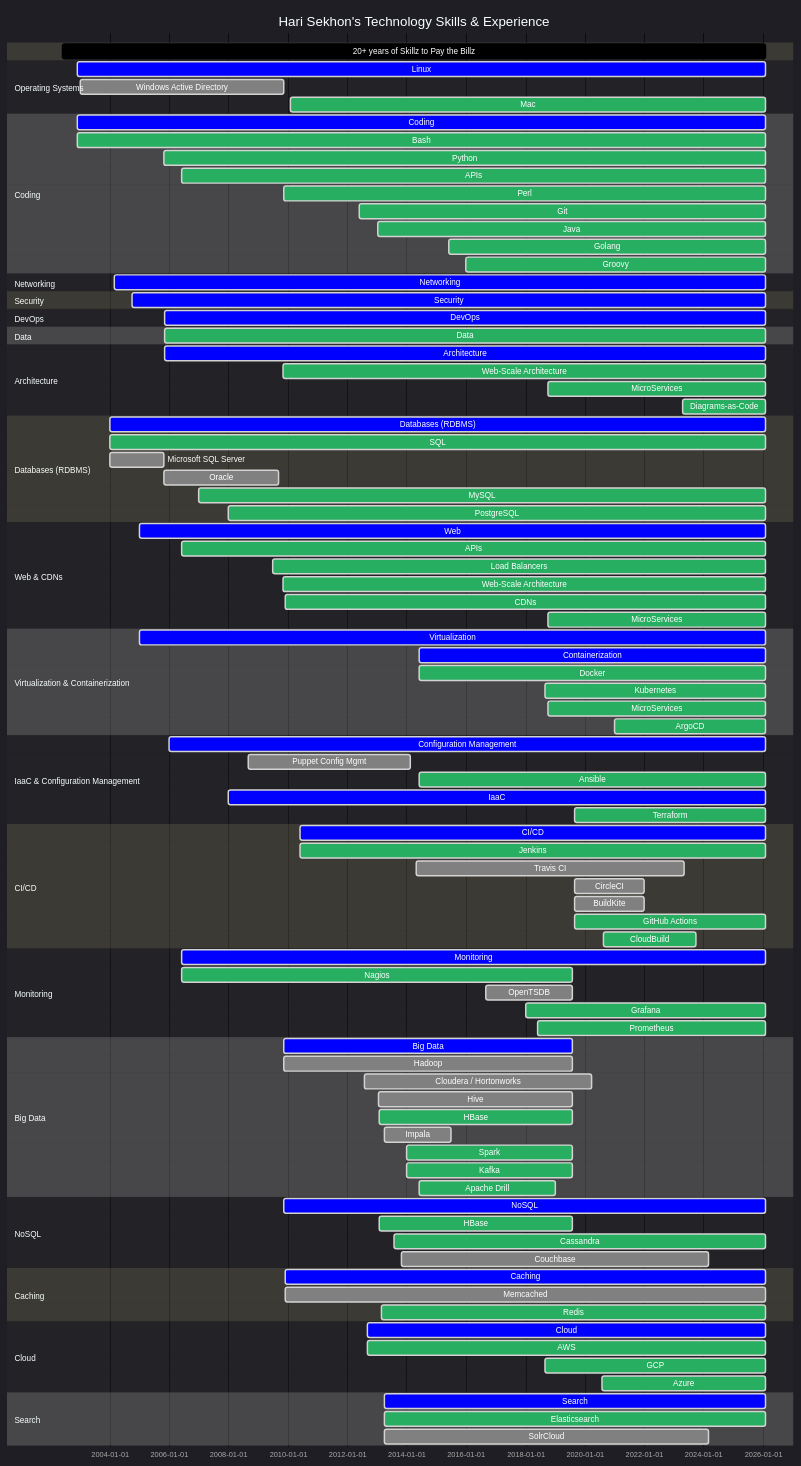
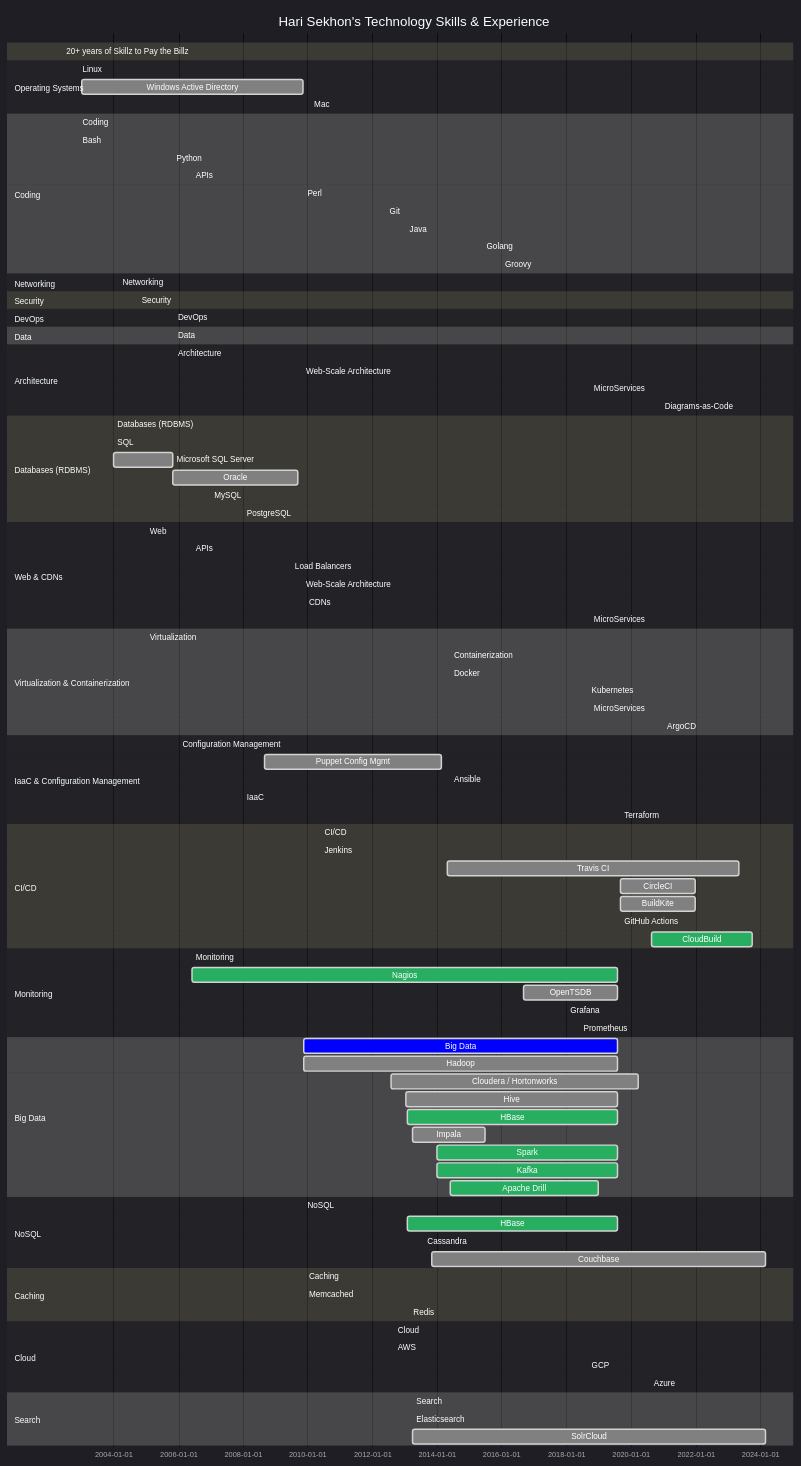
One commit to HariSekhon/HariSekhon changed the second of 2 diagrams in README.md. Above: the diagram before and after it, drawn with Mermaid. The commit also changed other lines of this file, not shown here.

Commit message:
updated profile counters

````diff
--- a/README.md
+++ b/README.md
@@ -1373,129 +1373,129 @@
     title Hari Sekhon's Technology Skills & Experience
     dateFormat  YYYY-MM-DD
 
-    20+ years of Skillz to Pay the Billz : 2002-06-01, 2026-01-30
+    20+ years of Skillz to Pay the Billz : 2002-06-01, 2026-02-30
 
     section Operating Systems
-    Linux                    : crit, 2002-12-01, 2026-01-30
+    Linux                    : crit, 2002-12-01, 2026-02-30
     Windows Active Directory : done, 2003-01-01, 2009-11-10
-    %%Redhat Linux             : active, 2002-12-01, 2026-01-30
-    %%Debian Linux             : active, 2003-01-01, 2026-01-30
+    %%Redhat Linux             : active, 2002-12-01, 2026-02-30
+    %%Debian Linux             : active, 2003-01-01, 2026-02-30
     %%Gentoo Linux             : done, 2004-06-01, 2009-11-10
-    %%Ubuntu Linux             : active, 2006-06-01, 2026-01-30
-    %%Alpine Linux             : done, 2016-01-01, 2026-01-30
-    Mac                      : active, 2010-02-01, 2026-01-30
+    %%Ubuntu Linux             : active, 2006-06-01, 2026-02-30
+    %%Alpine Linux             : done, 2016-01-01, 2026-02-30
+    Mac                      : active, 2010-02-01, 2026-02-30
 
     section Coding
-    Coding                 : crit, 2002-12-01, 2026-01-30
-    Bash                   : active, 2002-12-01, 2026-01-30
-    Python                 : active, 2005-11-01, 2026-01-30
-    APIs                   : active, 2006-06-01, 2026-01-30
+    Coding                 : crit, 2002-12-01, 2026-02-30
+    Bash                   : active, 2002-12-01, 2026-02-30
+    Python                 : active, 2005-11-01, 2026-02-30
+    APIs                   : active, 2006-06-01, 2026-02-30
     %%VBScript               : done, 2005-05-01, 2009-11-01
-    Perl                   : active, 2009-11-13, 2026-01-30
-    Git                    : active, 2012-06-01, 2026-01-30
+    Perl                   : active, 2009-11-13, 2026-02-30
+    Git                    : active, 2012-06-01, 2026-02-30
     %%Ruby                   : done, 2009-11-13, 2013-01-31
-    Java                   : active, 2013-01-13, 2026-01-30
+    Java                   : active, 2013-01-13, 2026-02-30
     %%Jython                 : done, 2013-01-13, 2015-12-31
     %%JRuby                  : done, 2013-03-01, 2013-08-31
     %%Scala                  : done, 2014-01-01, 2015-12-31
-    Golang                 : active, 2015-06-01, 2026-01-30
-    Groovy                 : active, 2016-01-01, 2026-01-30
+    Golang                 : active, 2015-06-01, 2026-02-30
+    Groovy                 : active, 2016-01-01, 2026-02-30
 
     %%section Build Systems
-    %%Make                   : active, 2006-06-01, 2026-01-30
-    %%Maven                  : active, 2013-02-01, 2026-01-30
-    %%SBT                    : active, 2014-01-01, 2026-01-30
-    %%Gradle                 : active, 2014-06-01, 2026-01-30
+    %%Make                   : active, 2006-06-01, 2026-02-30
+    %%Maven                  : active, 2013-02-01, 2026-02-30
+    %%SBT                    : active, 2014-01-01, 2026-02-30
+    %%Gradle                 : active, 2014-06-01, 2026-02-30
 
     %%section Version Control Systems
     %%Subversion             : done, 2005-11-13, 2012-06-01
     %%Mercurial              : done, 2011-06-01, 2013-06-01
-    %%Git                    : active, 2012-06-01, 2026-01-30
-    %%GitHub                 : active, 2012-12-31, 2026-01-30
+    %%Git                    : active, 2012-06-01, 2026-02-30
+    %%GitHub                 : active, 2012-12-31, 2026-02-30
 
     section Networking
-    Networking             : crit, 2004-03-01, 2026-01-30
-    %%VPNs                   : active, 2006-06-01, 2026-01-30
-    %%Cisco - IOS / NX-OS    : done, 2004-03-01, 2026-01-30
+    Networking             : crit, 2004-03-01, 2026-02-30
+    %%VPNs                   : active, 2006-06-01, 2026-02-30
+    %%Cisco - IOS / NX-OS    : done, 2004-03-01, 2026-02-30
     %%Juniper - Netscreen / SSG / SRX / ScreenOS / JunOS : done, 2007-01-01, 2013-01-18
     %%Netgear                : done, 2005-01-01, 2012-12-31
 
     section Load Balancers
 
     section Security
-    Security               : crit, 2004-10-01, 2026-01-30
-    %%Kerberos               : active, 2006-06-01, 2026-01-30
-    %%LDAP                   : active, 2006-06-01, 2026-01-30
+    Security               : crit, 2004-10-01, 2026-02-30
+    %%Kerberos               : active, 2006-06-01, 2026-02-30
+    %%LDAP                   : active, 2006-06-01, 2026-02-30
 
     section DevOps
-    DevOps                   : crit, 2005-11-11, 2026-01-30
+    DevOps                   : crit, 2005-11-11, 2026-02-30
 
     section Data
-    Data                   : active, 2005-11-11, 2026-01-30
-    %%Data Validation        : done, 2006-06-01, 2026-01-30
-    %%Data Science           : done, 2013-01-18, 2026-01-30
+    Data                   : active, 2005-11-11, 2026-02-30
+    %%Data Validation        : done, 2006-06-01, 2026-02-30
+    %%Data Science           : done, 2013-01-18, 2026-02-30
 
     section Architecture
-    Architecture            : crit,   2005-11-11, 2026-01-30
-    Web-Scale Architecture  : active, 2009-11-01, 2026-01-30
-    MicroServices           : active, 2018-10-01, 2026-01-30
-    Diagrams-as-Code        : active, 2023-04-14, 2026-01-30
+    Architecture            : crit,   2005-11-11, 2026-02-30
+    Web-Scale Architecture  : active, 2009-11-01, 2026-02-30
+    MicroServices           : active, 2018-10-01, 2026-02-30
+    Diagrams-as-Code        : active, 2023-04-14, 2026-02-30
 
     section Databases (RDBMS)
-    Databases (RDBMS)      : crit, 2004-01-01, 2026-01-30
-    SQL                    : active, 2004-01-01, 2026-01-30
+    Databases (RDBMS)      : crit, 2004-01-01, 2026-02-30
+    SQL                    : active, 2004-01-01, 2026-02-30
     Microsoft SQL Server   : done, 2004-01-01, 2005-10-31
     Oracle                 : done, 2005-11-01, 2009-09-10
-    MySQL                  : active, 2007-01-01, 2026-01-30
-    PostgreSQL             : active, 2008-01-01, 2026-01-30
+    MySQL                  : active, 2007-01-01, 2026-02-30
+    PostgreSQL             : active, 2008-01-01, 2026-02-30
 
     section Web & CDNs
-    Web                    : crit, 2005-01-01, 2026-01-30
-    APIs                   : active, 2006-06-01, 2026-01-30
+    Web                    : crit, 2005-01-01, 2026-02-30
+    APIs                   : active, 2006-06-01, 2026-02-30
 
-    Load Balancers         : active, 2009-07-01, 2026-01-30
+    Load Balancers         : active, 2009-07-01, 2026-02-30
     %%LVS                    : done, 2009-01-01, 2009-11-11
     %%Foundry - ServerIron XL / 4G : done, 2009-10-13, 2011-11-31
     %%F5 BigIP               : done, 2010-06-01, 2013-01-18
-    %%HAProxy                : active, 2018-04-01, 2026-01-30
-    %%Kong                   : active, 2023-03-01, 2026-01-30
-    %%Traefik                : active, 2023-03-01, 2026-01-30
+    %%HAProxy                : active, 2018-04-01, 2026-02-30
+    %%Kong                   : active, 2023-03-01, 2026-02-30
+    %%Traefik                : active, 2023-03-01, 2026-02-30
 
-    Web-Scale Architecture : active, 2009-11-01, 2026-01-30
-    CDNs                   : active, 2009-12-01, 2026-01-30
+    Web-Scale Architecture : active, 2009-11-01, 2026-02-30
+    CDNs                   : active, 2009-12-01, 2026-02-30
     %%UlraDNS                : done, 2009-11-01, 2012-06-31
     %%Cotendo                : done, 2012-06-01, 2013-01-13
-    %%Cloudflare             : active, 2020-08-20, 2026-01-30
-    MicroServices            : active, 2018-10-01, 2026-01-30
+    %%Cloudflare             : active, 2020-08-20, 2026-02-30
+    MicroServices            : active, 2018-10-01, 2026-02-30
 
     section Virtualization & Containerization
-    Virtualization         : crit, 2005-01-01, 2026-01-30
+    Virtualization         : crit, 2005-01-01, 2026-02-30
     %%VMware ESX, ESXi, VirtualBox : done, 2005-01-01, 2017-02-16
     %%Vagrant                : active, 2013-01-01, 2023-12-31
-    Containerization       : crit, 2014-06-01, 2026-01-30
-    Docker                 : active, 2014-06-01, 2026-01-30
-    Kubernetes             : active, 2018-09-01, 2026-01-30
-    MicroServices          : active, 2018-10-01, 2026-01-30
-    ArgoCD                 : active, 2021-01-01, 2026-01-30
+    Containerization       : crit, 2014-06-01, 2026-02-30
+    Docker                 : active, 2014-06-01, 2026-02-30
+    Kubernetes             : active, 2018-09-01, 2026-02-30
+    MicroServices          : active, 2018-10-01, 2026-02-30
+    ArgoCD                 : active, 2021-01-01, 2026-02-30
 
     section IaaC & Configuration Management
-    Configuration Management :crit, 2006-01-01, 2026-01-30
+    Configuration Management :crit, 2006-01-01, 2026-02-30
     Puppet Config Mgmt     : done, 2008-09-01, 2014-02-18
-    Ansible                : active, 2014-06-01, 2026-01-30
-    IaaC                   :crit, 2008-01-01, 2026-01-30
-    Terraform              :active, 2019-09-01, 2026-01-30
+    Ansible                : active, 2014-06-01, 2026-02-30
+    IaaC                   :crit, 2008-01-01, 2026-02-30
+    Terraform              :active, 2019-09-01, 2026-02-30
     %%Terraform Cloud        : active, 2021-09-01, 2022-09-31
-    %%Kickstart              : active, 2008-01-01, 2026-01-30
-    %%Preseed                : active, 2009-01-01, 2026-01-30
-    %%AutoInstall            : active, 2023-01-01, 2026-01-30
+    %%Kickstart              : active, 2008-01-01, 2026-02-30
+    %%Preseed                : active, 2009-01-01, 2026-02-30
+    %%AutoInstall            : active, 2023-01-01, 2026-02-30
 
     section CI/CD
-    CI/CD                  : crit, 2010-06-01, 2026-01-30
-    Jenkins                : active, 2010-06-01, 2026-01-30
+    CI/CD                  : crit, 2010-06-01, 2026-02-30
+    Jenkins                : active, 2010-06-01, 2026-02-30
     Travis CI              : done, 2014-05-01, 2023-05-08
     CircleCI               : done, 2019-09-01, 2021-12-31
     BuildKite              : done, 2019-09-01, 2021-12-31
-    GitHub Actions         : active, 2019-09-01, 2026-01-30
+    GitHub Actions         : active, 2019-09-01, 2026-02-30
     %%GitLab                 : active, 2019-09-01, 2022-12-31
     %%Azure DevOps           : done, 2019-09-01, 2022-12-31
     %%Bitbucket              : done, 2019-09-01, 2022-12-31
@@ -1504,11 +1504,11 @@
     CloudBuild             : active, 2020-08-20, 2023-09-30
 
     section Monitoring
-    Monitoring             : crit, 2006-06-01, 2026-01-30
+    Monitoring             : crit, 2006-06-01, 2026-02-30
     Nagios                 : active, 2006-06-01, 2019-07-31
     OpenTSDB               : done, 2016-09-01, 2019-07-31
-    Grafana                : active, 2018-01-01, 2026-01-30
-    Prometheus             : active, 2018-06-01, 2026-01-30
+    Grafana                : active, 2018-01-01, 2026-02-30
+    Prometheus             : active, 2018-06-01, 2026-02-30
     %%Pingdom                : done, 2020-08-20, 2023-09-17
     %%Datadog                : done, 2022-08-20, 2023-09-17
 
@@ -1526,28 +1526,28 @@
     Apache Drill           : active, 2014-06-01, 2018-12-31
 
     section NoSQL
-    NoSQL                  : crit, 2009-11-13, 2026-01-30
+    NoSQL                  : crit, 2009-11-13, 2026-02-30
     HBase                  : active, 2013-02-01, 2019-07-31
     %%MongoDB                : done, 2013-06-01, 2013-12-31
-    Cassandra              : active, 2013-08-01, 2026-01-30
+    Cassandra              : active, 2013-08-01, 2026-02-30
     Couchbase              : done, 2013-11-01, 2024-03-01
 
     section Caching
-    Caching                : crit, 2009-11-31, 2026-01-30
-    Memcached              : done, 2009-11-31, 2026-01-30
-    Redis                  : active, 2013-03-01, 2026-01-30
+    Caching                : crit, 2009-11-31, 2026-02-30
+    Memcached              : done, 2009-11-31, 2026-02-30
+    Redis                  : active, 2013-03-01, 2026-02-30
 
     section Cloud
-    Cloud            : crit, 2012-09-01, 2026-01-30
-    AWS              : active, 2012-09-01, 2026-01-30
-    GCP              : active, 2018-09-01, 2026-01-30
-    Azure            : active, 2020-08-01, 2026-01-30
+    Cloud            : crit, 2012-09-01, 2026-02-30
+    AWS              : active, 2012-09-01, 2026-02-30
+    GCP              : active, 2018-09-01, 2026-02-30
+    Azure            : active, 2020-08-01, 2026-02-30
 
     section Search
-    Search                 : crit, 2013-03-31, 2026-01-30
-    Elasticsearch          : active, 2013-03-31, 2026-01-30
-    %%LogStash               : done, 2013-03-31, 2026-01-30
-    %%Fluentd                : crit, 2018-03-31, 2026-01-30
-    %%Kibana                 : crit, 2013-03-31, 2026-01-30
+    Search                 : crit, 2013-03-31, 2026-02-30
+    Elasticsearch          : active, 2013-03-31, 2026-02-30
+    %%LogStash               : done, 2013-03-31, 2026-02-30
+    %%Fluentd                : crit, 2018-03-31, 2026-02-30
+    %%Kibana                 : crit, 2013-03-31, 2026-02-30
     SolrCloud              : done, 2013-04-01, 2024-03-01
 ```
````
